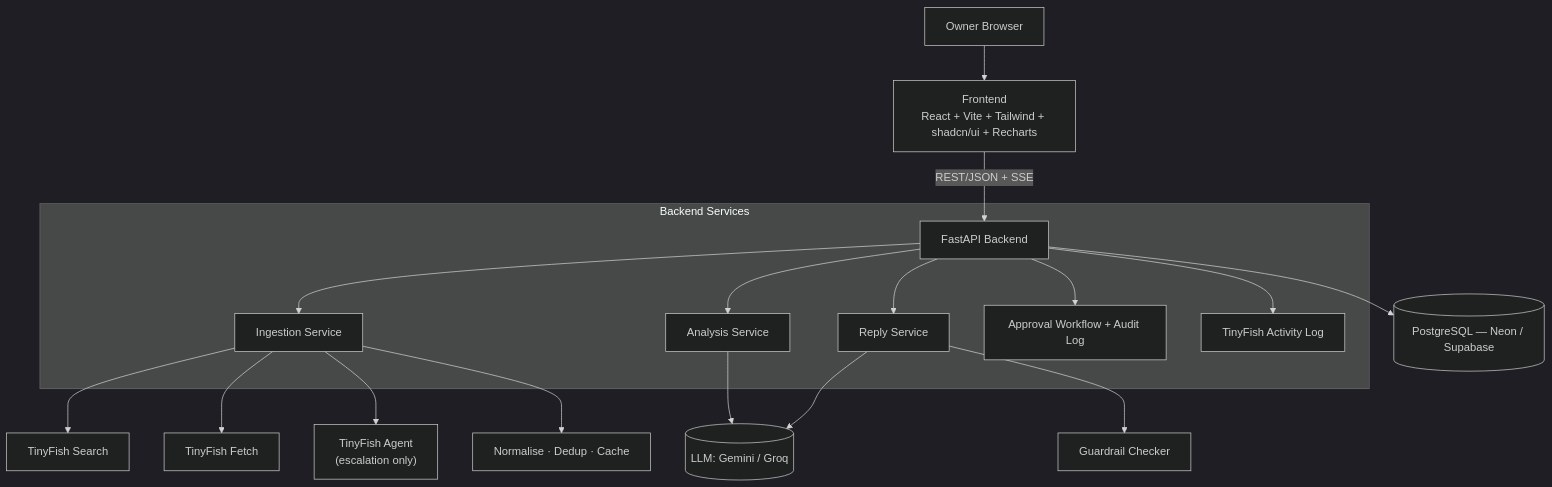
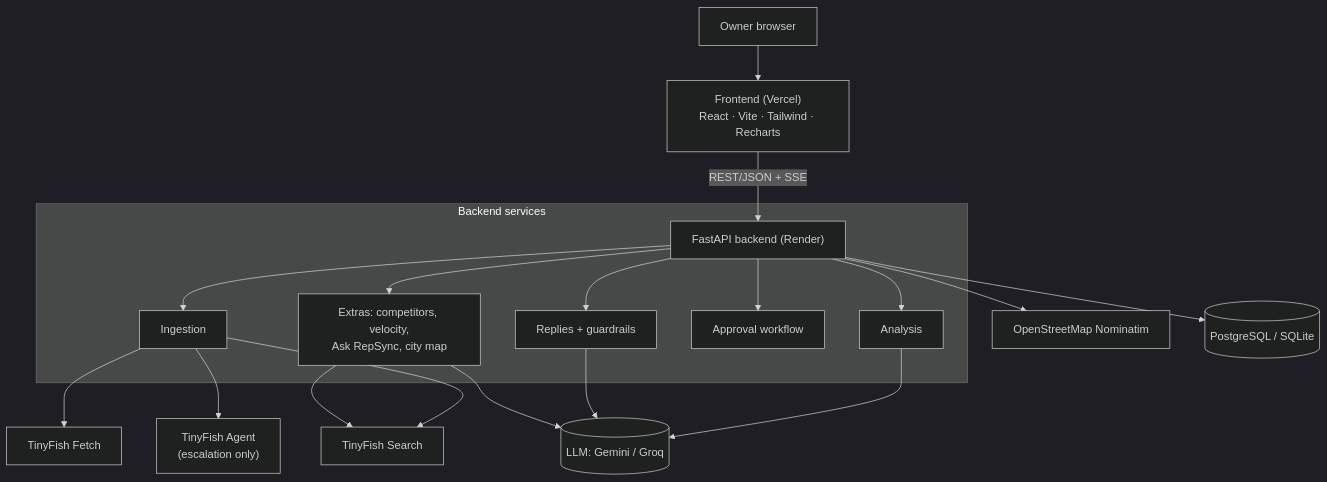
One commit to DevKumar005/RepSync changed the diagram in README.md. Above: the diagram before and after it, drawn with Mermaid (dark theme). The commit also changed other lines of this file, not shown here.

````diff
--- a/README.md
+++ b/README.md
@@ -83,24 +119,23 @@
 ```mermaid
 flowchart TD
-    A[Owner Browser] --> B["Frontend<br/>React + Vite + Tailwind + shadcn/ui + Recharts"]
-    B -- "REST/JSON + SSE" --> C[FastAPI Backend]
+    A[Owner browser] --> B["Frontend (Vercel)<br/>React · Vite · Tailwind · Recharts"]
+    B -- "REST/JSON + SSE" --> C["FastAPI backend (Render)"]
 
-    subgraph Backend Services
-      C --> D[Ingestion Service]
-      C --> E[Analysis Service]
-      C --> F[Reply Service]
-      C --> G[Approval Workflow + Audit Log]
-      C --> H[TinyFish Activity Log]
+    subgraph Backend services
+      C --> D[Ingestion]
+      C --> E[Analysis]
+      C --> F[Replies + guardrails]
+      C --> G[Approval workflow]
+      C --> X["Extras: competitors, velocity,<br/>Ask RepSync, city map"]
     end
 
+    C --> O[OpenStreetMap Nominatim]
     D --> T1[TinyFish Search]
     D --> T2[TinyFish Fetch]
     D --> T3["TinyFish Agent<br/>(escalation only)"]
-    D --> N[Normalise · Dedup · Cache]
-
+    X --> T1
     E --> L[(LLM: Gemini / Groq)]
     F --> L
-    F --> R[Guardrail Checker]
-
-    C --> DB[(PostgreSQL — Neon / Supabase)]
+    X --> L
+    C --> DB[(PostgreSQL / SQLite)]
 ```
````
